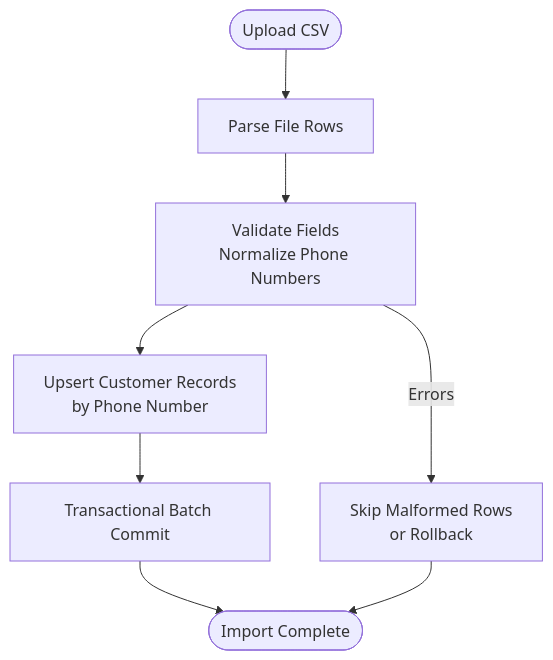
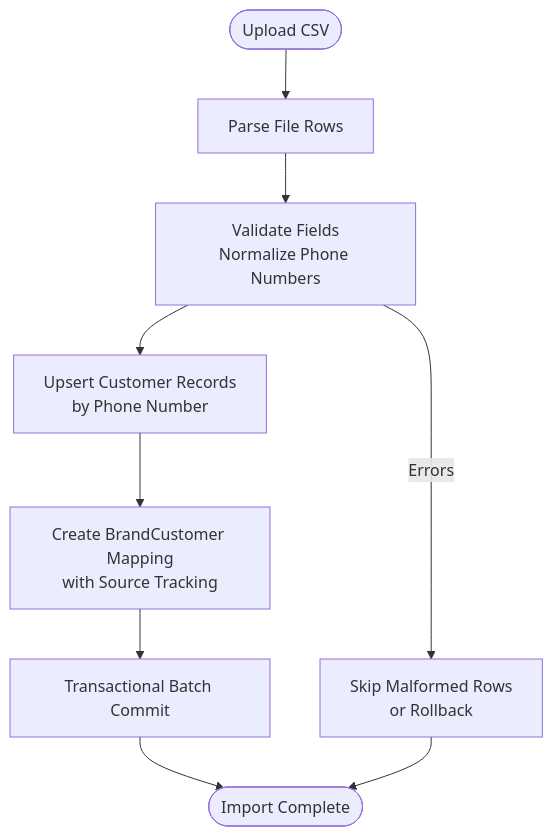
The third of 12 diagrams in .qoder/repowiki/en/content/Business Logic and Workflows/Customer and Business Management.md (lamhongbac/NonCash), drawn with Mermaid before and after one commit. The commit also changed other lines of this file and 57 other files, not shown here.

````diff
--- a/.qoder/repowiki/en/content/Business Logic and Workflows/Customer and Business Management.md
+++ b/.qoder/repowiki/en/content/Business Logic and Workflows/Customer and Business Management.md
@@ -204,10 +222,11 @@
 ```mermaid
 flowchart TD
 Start(["Upload CSV"]) --> Parse["Parse File Rows"]
 Parse --> Validate["Validate Fields<br/>Normalize Phone Numbers"]
 Validate --> Upsert["Upsert Customer Records<br/>by Phone Number"]
-Upsert --> Txn["Transactional Batch Commit"]
+Upsert --> CreateMapping["Create BrandCustomer Mapping<br/>with Source Tracking"]
+CreateMapping --> Txn["Transactional Batch Commit"]
 Txn --> Done(["Import Complete"])
 Validate --> |Errors| Skip["Skip Malformed Rows<br/>or Rollback"]
 Skip --> Done
 ```
````
